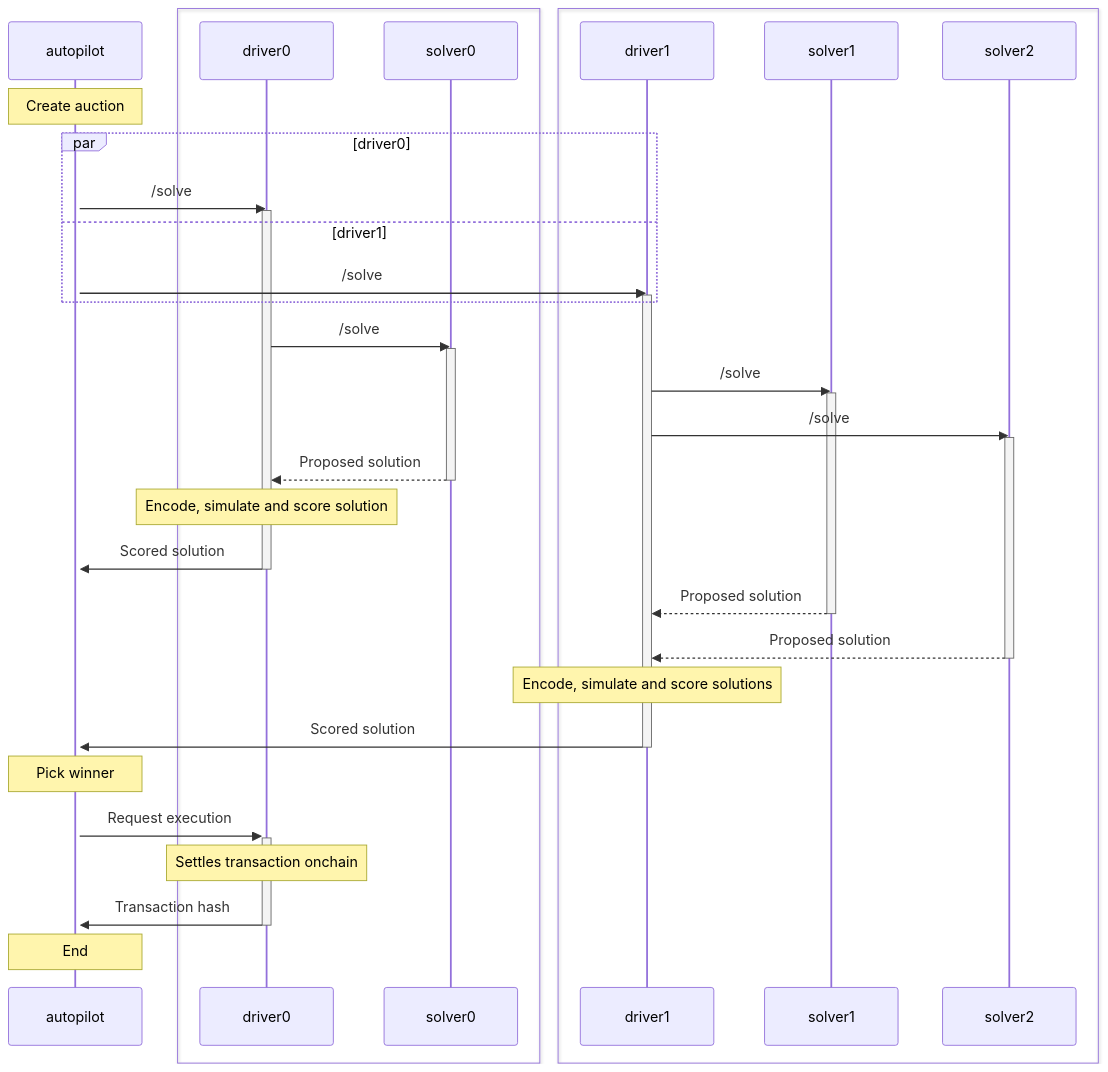
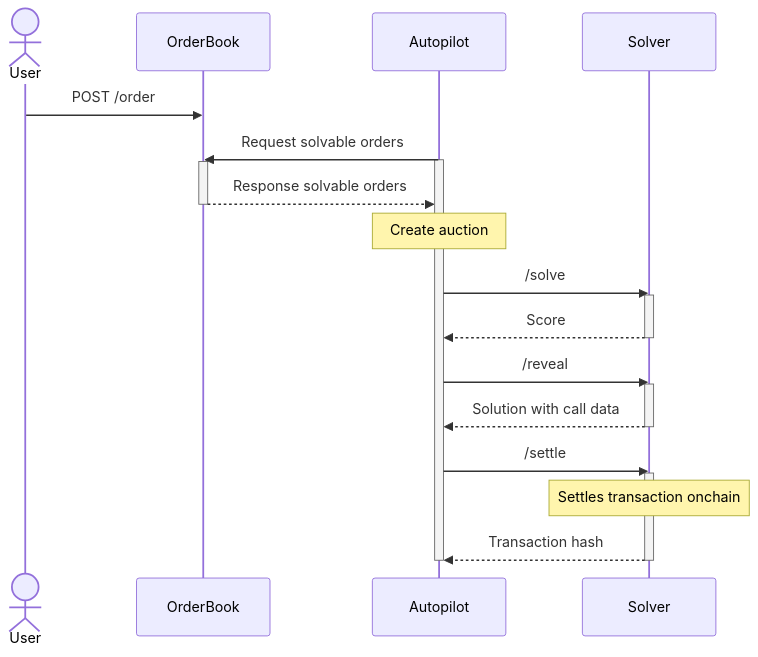
Before and after one commit to cowprotocol/docs: the diagram in docs/cow-protocol/tutorials/arbitrate/README.mdx, drawn with Mermaid. The commit also changed other lines of this file, not shown here.

Commit message:
Add main sequence diagram for arbitrating auctions (#247)
# Description

Implements first part of the
https://github.com/cowprotocol/docs-v2/issues/238:

> Could we add a diagram that shows the user, the orderbook, the
autopilot and solvers (without differentiating between driver and
engines)?

---------

````diff
--- a/docs/cow-protocol/tutorials/arbitrate/README.mdx
+++ b/docs/cow-protocol/tutorials/arbitrate/README.mdx
@@ -56,46 +9,29 @@
 ```mermaid
 sequenceDiagram
-    participant autopilot
-    box 
-    participant driver0 
-    participant solver0
-    end
-    box
-    participant driver1
-    participant solver1
-    participant solver2
-    end
-    activate autopilot
-    Note over autopilot: Create auction
-    par driver0
-        autopilot->>driver0: /solve
-        activate driver0
-    and driver1
-        autopilot->>driver1: /solve
-        activate driver1
-    end
-    driver0->>solver0: /solve
-    activate solver0
-    driver1->>solver1: /solve
-    activate solver1
-    driver1->>solver2: /solve
-    activate solver2
-    solver0-->>driver0: Proposed solution
-    deactivate solver0
-    Note over driver0: Encode, simulate and score solution
-    driver0 ->>autopilot: Scored solution
-    deactivate driver0
-    solver1-->>driver1: Proposed solution
-    deactivate solver1
-    solver2-->>driver1: Proposed solution
-    deactivate solver2
-    Note over driver1: Encode, simulate and score solutions
-    driver1 ->>autopilot: Scored solution
-    deactivate driver1
-    Note over autopilot: Pick winner
-    autopilot->>+driver0: Request execution
-    Note over driver0: Settles transaction onchain
-    driver0->>autopilot: Transaction hash
-    deactivate driver0
-    Note over autopilot: End
+    actor User
+    participant OrderBook
+    participant Autopilot
+    participant Solver
+
+    User->>OrderBook: POST /order
+    Autopilot->>OrderBook: Request solvable orders
+    activate Autopilot
+    activate OrderBook
+    OrderBook-->>Autopilot: Response solvable orders
+    deactivate OrderBook
+    Note over Autopilot: Create auction
+    Autopilot->>Solver: /solve
+    activate Solver
+    Solver-->>Autopilot: Score
+    deactivate Solver
+    Autopilot->>Solver: /reveal
+    activate Solver
+    Solver-->>Autopilot: Solution with call data
+    deactivate Solver
+    Autopilot->>Solver: /settle
+    activate Solver
+    Note over Solver: Settles transaction onchain
+    Solver-->>Autopilot: Transaction hash
+    deactivate Solver
+    deactivate Autopilot
 ```
````
